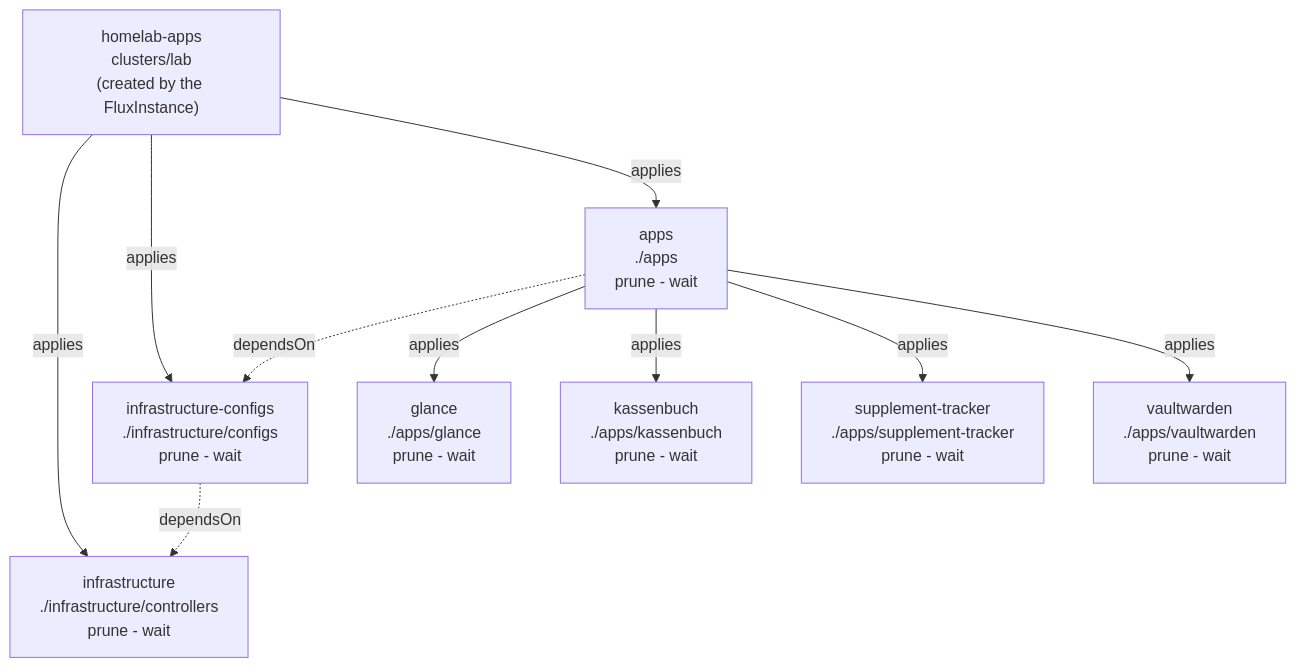
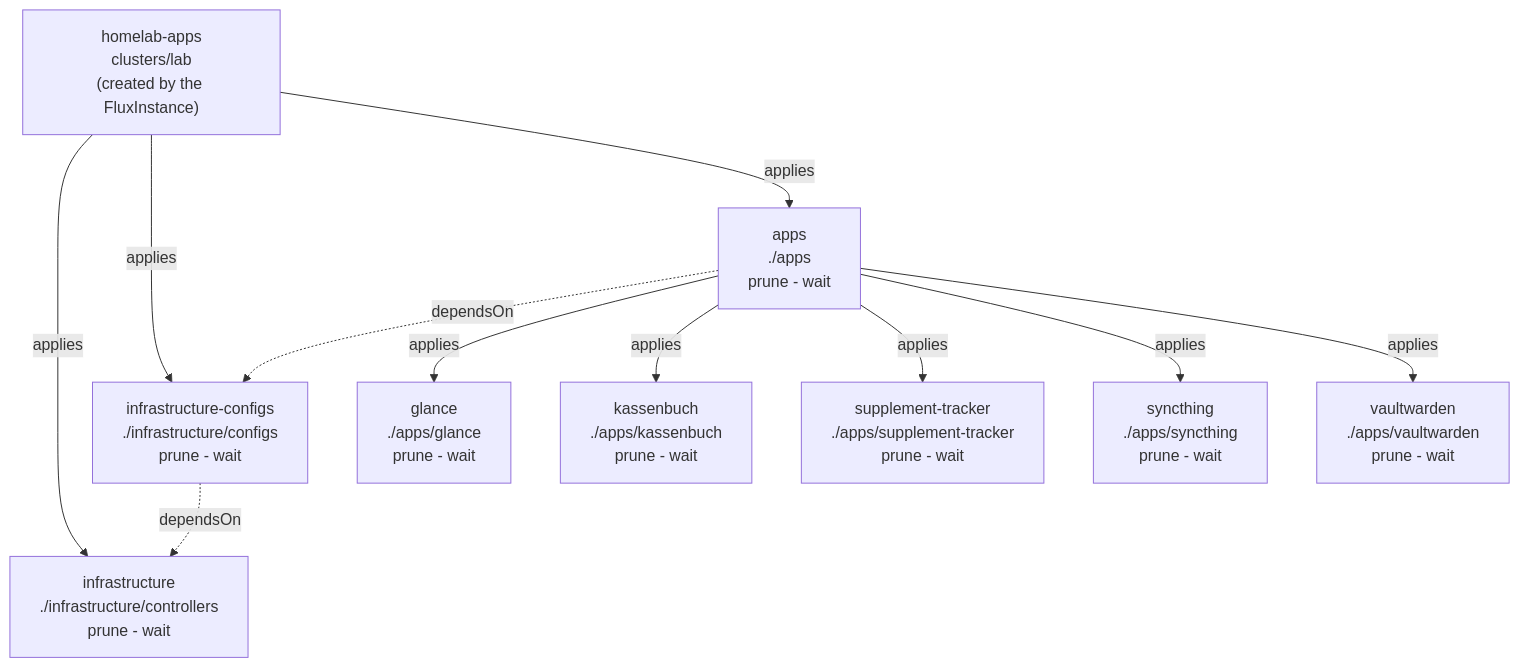
Before and after one commit to Sojamann/homelab-apps: the diagram in README.md, drawn with Mermaid. The commit also changed other lines of this file and 12 other files, not shown here.

````diff
--- a/README.md
+++ b/README.md
@@ -17,16 +17,17 @@
 ```mermaid
 graph TD
   ROOT["homelab-apps<br/>clusters/lab<br/>(created by the FluxInstance)"]
 
   ROOT -->|applies| INFRA["infrastructure<br/>./infrastructure/controllers<br/>prune - wait"]
   ROOT -->|applies| CFG["infrastructure-configs<br/>./infrastructure/configs<br/>prune - wait"]
   ROOT -->|applies| APPS["apps<br/>./apps<br/>prune - wait"]
 
   CFG -.->|dependsOn| INFRA
   APPS -.->|dependsOn| CFG
 
   APPS -->|applies| GL["glance<br/>./apps/glance<br/>prune - wait"]
   APPS -->|applies| KB["kassenbuch<br/>./apps/kassenbuch<br/>prune - wait"]
   APPS -->|applies| ST["supplement-tracker<br/>./apps/supplement-tracker<br/>prune - wait"]
+  APPS -->|applies| SY["syncthing<br/>./apps/syncthing<br/>prune - wait"]
   APPS -->|applies| VW["vaultwarden<br/>./apps/vaultwarden<br/>prune - wait"]
 ```
````
